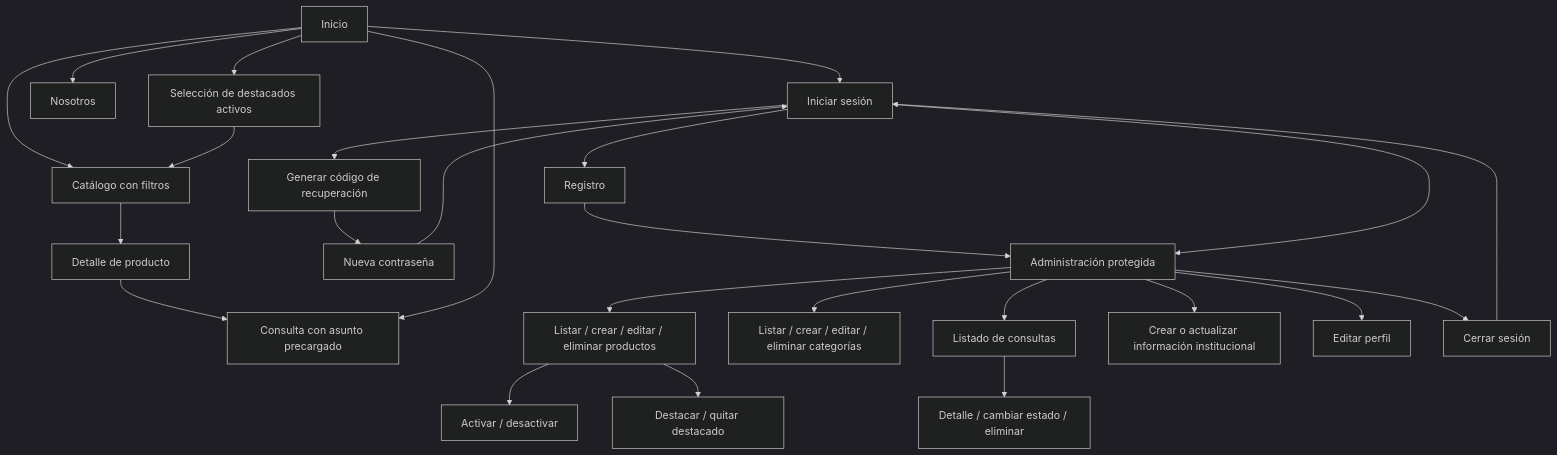
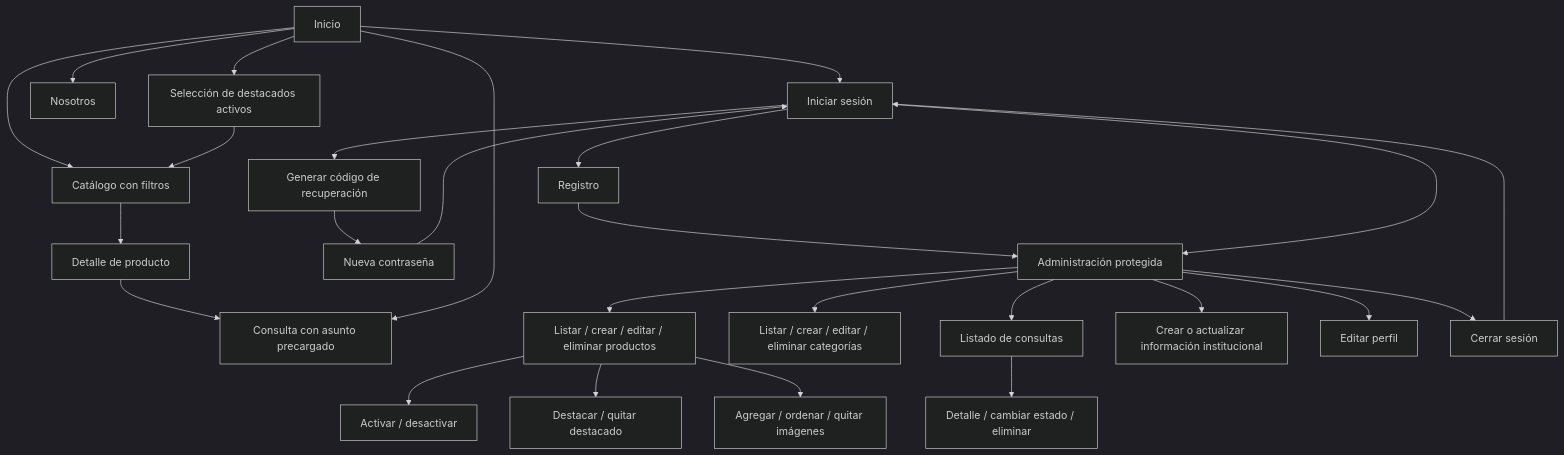
The first of 2 diagrams in docs/ARQUITECTURA.md (matiasalek/Aplicaciones-Interactivas-TPO-Frontend), drawn with Mermaid (dark theme) before and after one commit. The commit also changed other lines of this file and 14 other files, not shown here.

Commit message:
Agregar galerías de imágenes por URL

````diff
--- a/docs/ARQUITECTURA.md
+++ b/docs/ARQUITECTURA.md
@@ -33,27 +35,28 @@
 ```mermaid
 flowchart TD
   Inicio --> Catalogo[Catálogo con filtros]
   Inicio --> Destacados[Selección de destacados activos]
   Destacados --> Catalogo
   Catalogo --> Detalle[Detalle de producto]
   Detalle --> Contacto[Consulta con asunto precargado]
   Inicio --> Nosotros
   Inicio --> Contacto
   Inicio --> Acceso[Iniciar sesión]
   Acceso --> Registro
   Acceso --> Recuperar[Generar código de recuperación]
   Recuperar --> Restablecer[Nueva contraseña]
   Restablecer --> Acceso
   Registro --> Admin[Administración protegida]
   Acceso --> Admin
   Admin --> Productos[Listar / crear / editar / eliminar productos]
   Productos --> Visibilidad[Activar / desactivar]
   Productos --> Seleccion[Destacar / quitar destacado]
+  Productos --> Galeria[Agregar / ordenar / quitar imágenes]
   Admin --> Categorias[Listar / crear / editar / eliminar categorías]
   Admin --> Consultas[Listado de consultas]
   Consultas --> Consulta[Detalle / cambiar estado / eliminar]
   Admin --> Comercio[Crear o actualizar información institucional]
   Admin --> Perfil[Editar perfil]
   Admin --> Cierre[Cerrar sesión]
   Cierre --> Acceso
 ```
````
